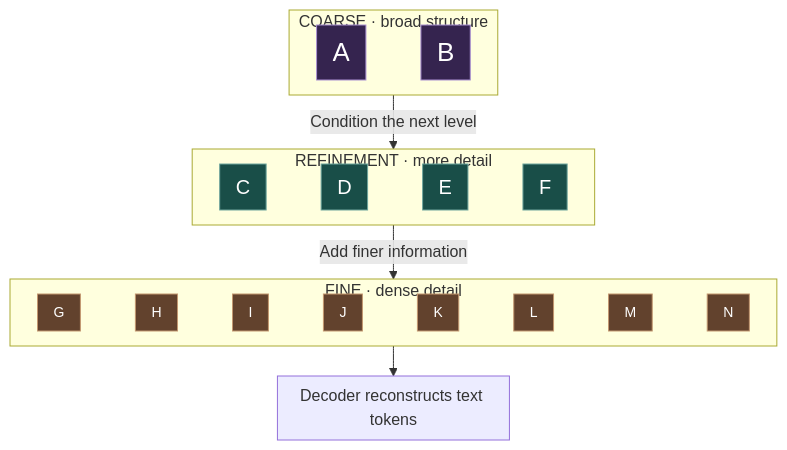
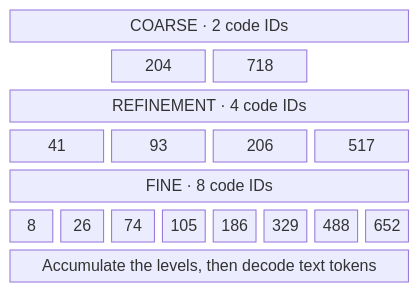
Before and after one commit to Kian-hdr/lore-demo: the first of 2 diagrams in docs/Concept_Hierarchy.md, drawn with Mermaid. The commit also changed other lines of this file and 7 other files, not shown here.

Commit message:
IND-317 visualize memory architecture and use numeric hierarchy codes

````diff
--- a/docs/Concept_Hierarchy.md
+++ b/docs/Concept_Hierarchy.md
@@ -11,25 +11,19 @@
 ```mermaid
-%%{init: {"flowchart": {"nodeSpacing": 10, "rankSpacing": 30, "padding": 8}}}%%
-flowchart TB
-    subgraph COARSE["COARSE · broad structure"]
-        direction LR
-        A["A"] ~~~ B["B"]
-    end
-    subgraph MIDDLE["REFINEMENT · more detail"]
-        direction LR
-        C["C"] ~~~ D["D"] ~~~ E["E"] ~~~ F["F"]
-    end
-    subgraph FINE["FINE · dense detail"]
-        direction LR
-        G["G"] ~~~ H["H"] ~~~ I["I"] ~~~ J["J"] ~~~ K["K"] ~~~ L["L"] ~~~ M["M"] ~~~ N["N"]
-    end
-    COARSE -->|"Condition the next level"| MIDDLE
-    MIDDLE -->|"Add finer information"| FINE
-    FINE --> DECODER["Decoder reconstructs text tokens"]
-    classDef coarse fill:#35244f,stroke:#aa91d2,color:#ffffff,font-size:26px;
-    classDef middle fill:#194e48,stroke:#6ea59d,color:#ffffff,font-size:20px;
-    classDef fine fill:#62422d,stroke:#c39770,color:#ffffff,font-size:14px;
-    class A,B coarse;
-    class C,D,E,F middle;
-    class G,H,I,J,K,L,M,N fine;
+block-beta
+    columns 8
+    coarse["COARSE · 2 code IDs"]:8
+    space:2 a["204"]:2 b["718"]:2 space:2
+    middle["REFINEMENT · 4 code IDs"]:8
+    c["41"]:2 d["93"]:2 e["206"]:2 f["517"]:2
+    fine["FINE · 8 code IDs"]:8
+    g["8"] h["26"] i["74"] j["105"] k["186"] l["329"] m["488"] n["652"]
+    decoder["Accumulate the levels, then decode text tokens"]:8
+    classDef heading fill:#30303c,stroke:#777786,color:#ffffff,font-size:18px;
+    classDef broad fill:#35244f,stroke:#aa91d2,color:#ffffff,font-size:30px;
+    classDef refine fill:#194e48,stroke:#6ea59d,color:#ffffff,font-size:24px;
+    classDef detail fill:#62422d,stroke:#c39770,color:#ffffff,font-size:20px;
+    class coarse,middle,fine,decoder heading;
+    class a,b broad;
+    class c,d,e,f refine;
+    class g,h,i,j,k,l,m,n detail;
 ```
````
